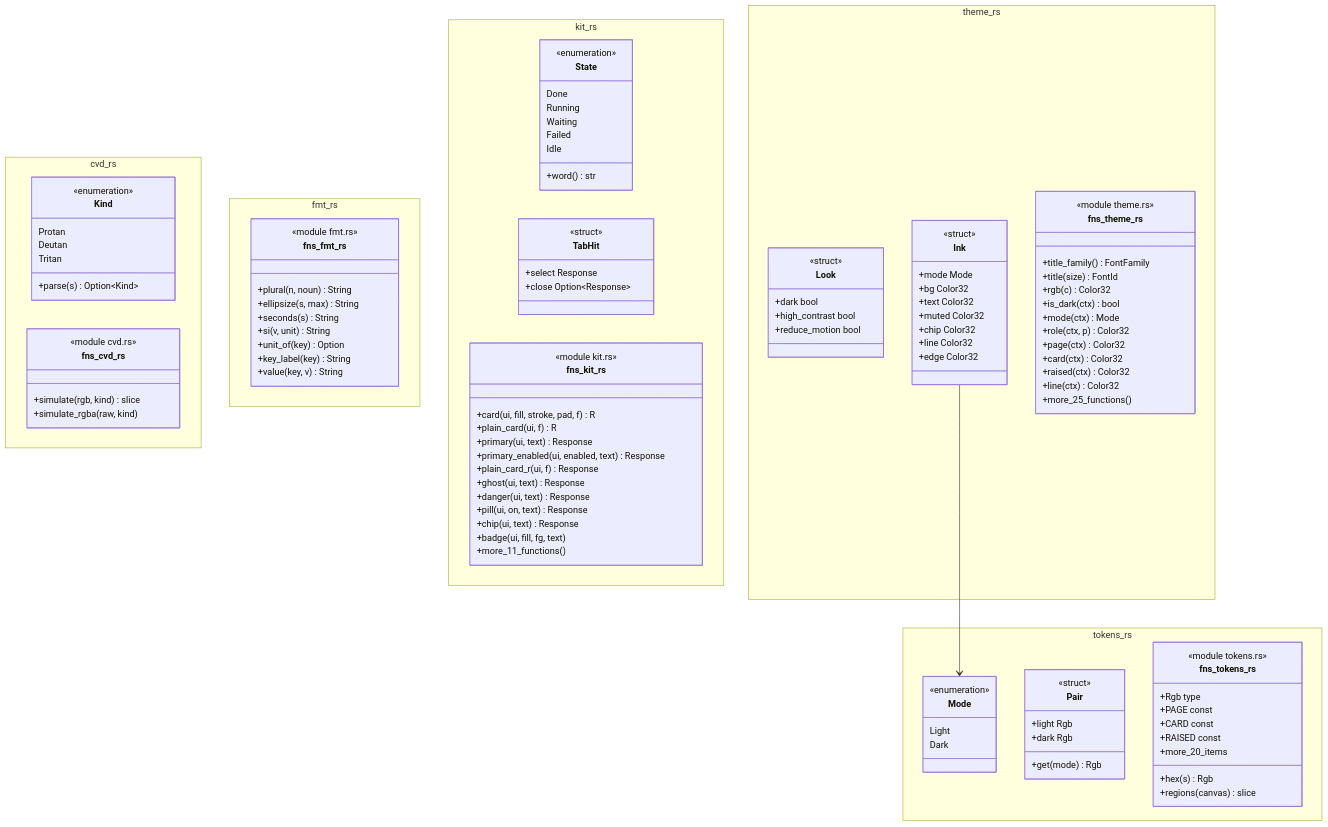
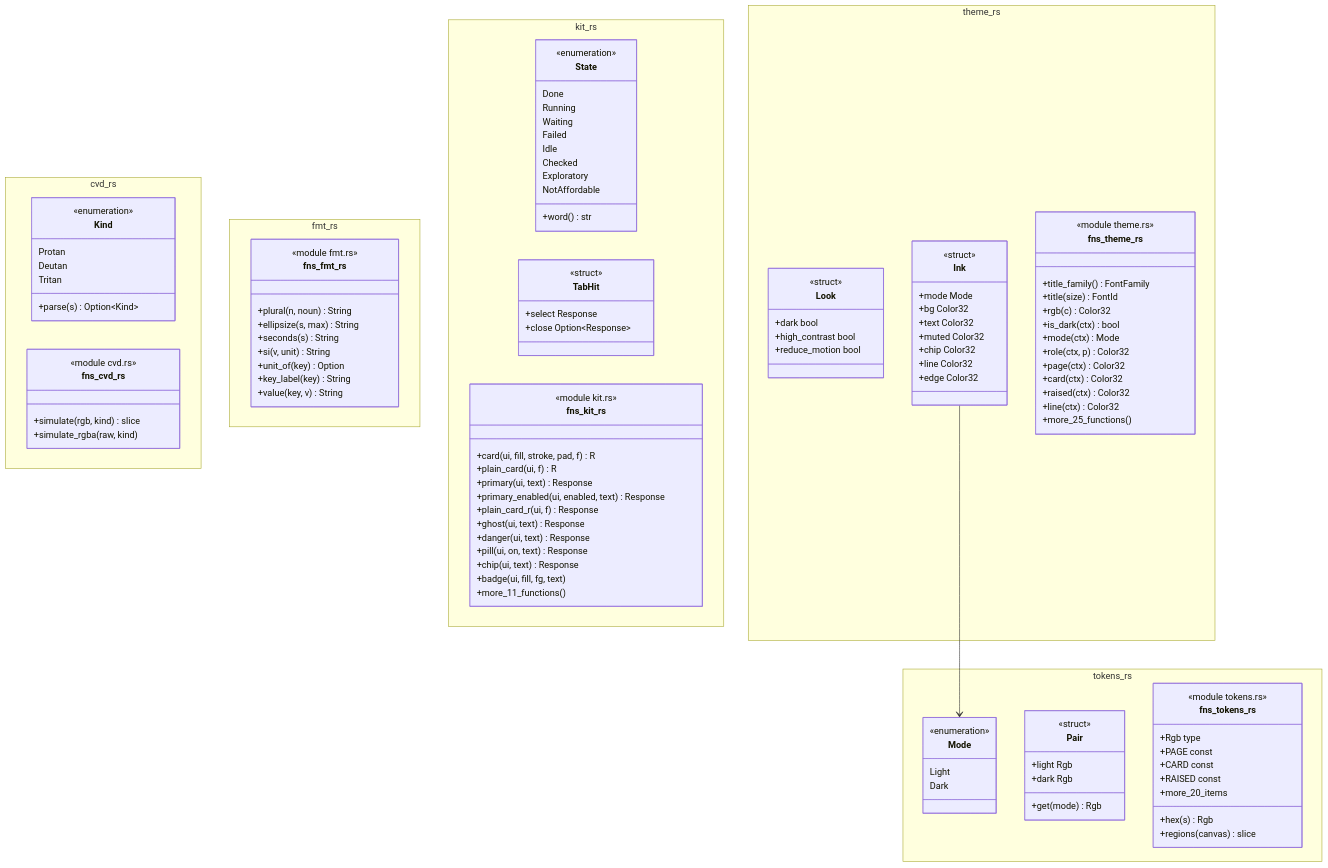
The diagram in docs/architecture/c4/4-code/app/style.md (p-j-r/nyx), drawn with Mermaid before and after one commit. The commit also changed other lines of this file and 55 other files, not shown here.

```diff
--- a/docs/architecture/c4/4-code/app/style.md
+++ b/docs/architecture/c4/4-code/app/style.md
@@ -71,6 +71,9 @@
         Waiting
         Failed
         Idle
+        Checked
+        Exploratory
+        NotAffordable
         +word() str
     }
     class TabHit {
```
